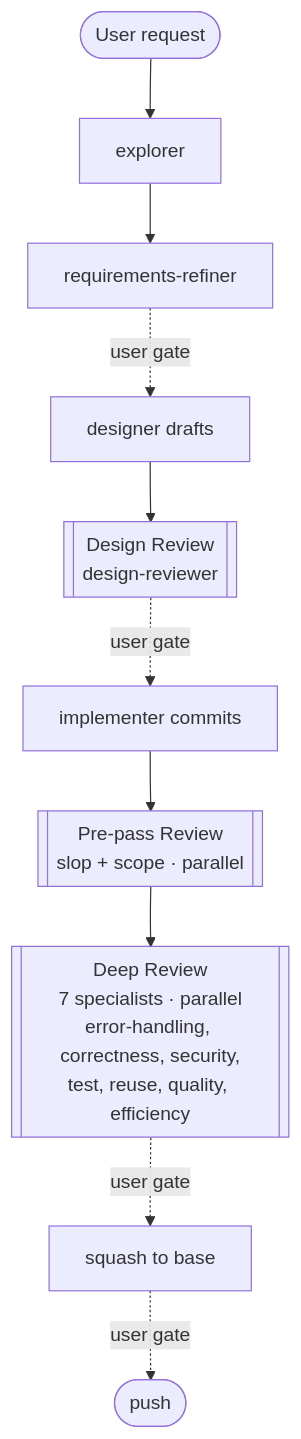
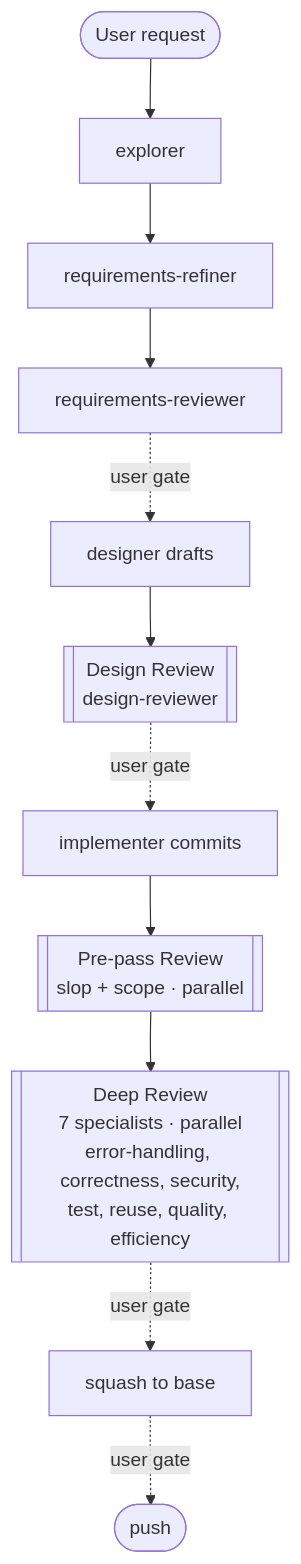
One commit to rnortman/claude-plugins changed the first of 3 diagrams in README.md. Above: the diagram before and after it, drawn with Mermaid. The commit also changed other lines of this file and 7 other files, not shown here.

First line of the commit message:
Bump review-chain to 0.1.7: add requirements-reviewer agent + judge TODO acceptability rubric

````diff
--- a/README.md
+++ b/README.md
@@ -24,12 +24,13 @@
 ```mermaid
 flowchart TD
     user([User request]) --> ex[explorer]
     ex --> rr[requirements-refiner]
-    rr -. user gate .-> d[designer drafts]
+    rr --> rrev[requirements-reviewer]
+    rrev -. user gate .-> d[designer drafts]
     d --> dr[[Design Review<br/>design-reviewer]]
     dr -. user gate .-> impl[implementer commits]
     impl --> pp[[Pre-pass Review<br/>slop + scope · parallel]]
     pp --> dp[[Deep Review<br/>7 specialists · parallel<br/>error-handling, correctness, security,<br/>test, reuse, quality, efficiency]]
     dp -. user gate .-> sq[squash to base]
     sq -. user gate .-> push([push])
 ```
````
